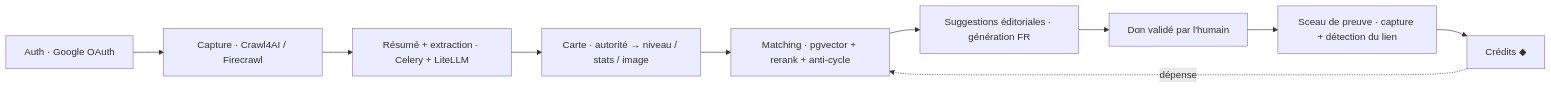
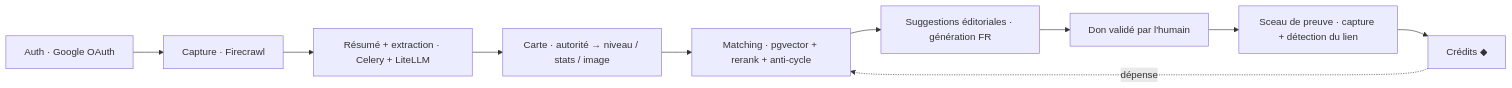
The first of 2 diagrams in README.md (Pi3r2Dev/WeeBuild---Trading-Authority-Card-Game---TACG), drawn with Mermaid before and after one commit. The commit also changed other lines of this file and 17 other files, not shown here.

Commit message:
Refactor capture functionality to exclusively use Firecrawl: remove Crawl4AI as a fallback, update documentation and examples accordingly, and ensure all references reflect the new primary capture engine. Adjust related components and types to align with the updated architecture.

````diff
--- a/README.md
+++ b/README.md
@@ -203,12 +203,12 @@
 ```mermaid
 flowchart LR
-    A[Auth · Google OAuth] --> B[Capture · Crawl4AI / Firecrawl]
+    A[Auth · Google OAuth] --> B[Capture · Firecrawl]
     B --> C[Résumé + extraction · Celery + LiteLLM]
     C --> D[Carte · autorité → niveau / stats / image]
     D --> E[Matching · pgvector + rerank + anti-cycle]
     E --> F[Suggestions éditoriales · génération FR]
     F --> G[Don validé par l'humain]
     G --> H[Sceau de preuve · capture + détection du lien]
     H --> I[Crédits ◆]
     I -.dépense.-> E
 ```
````
